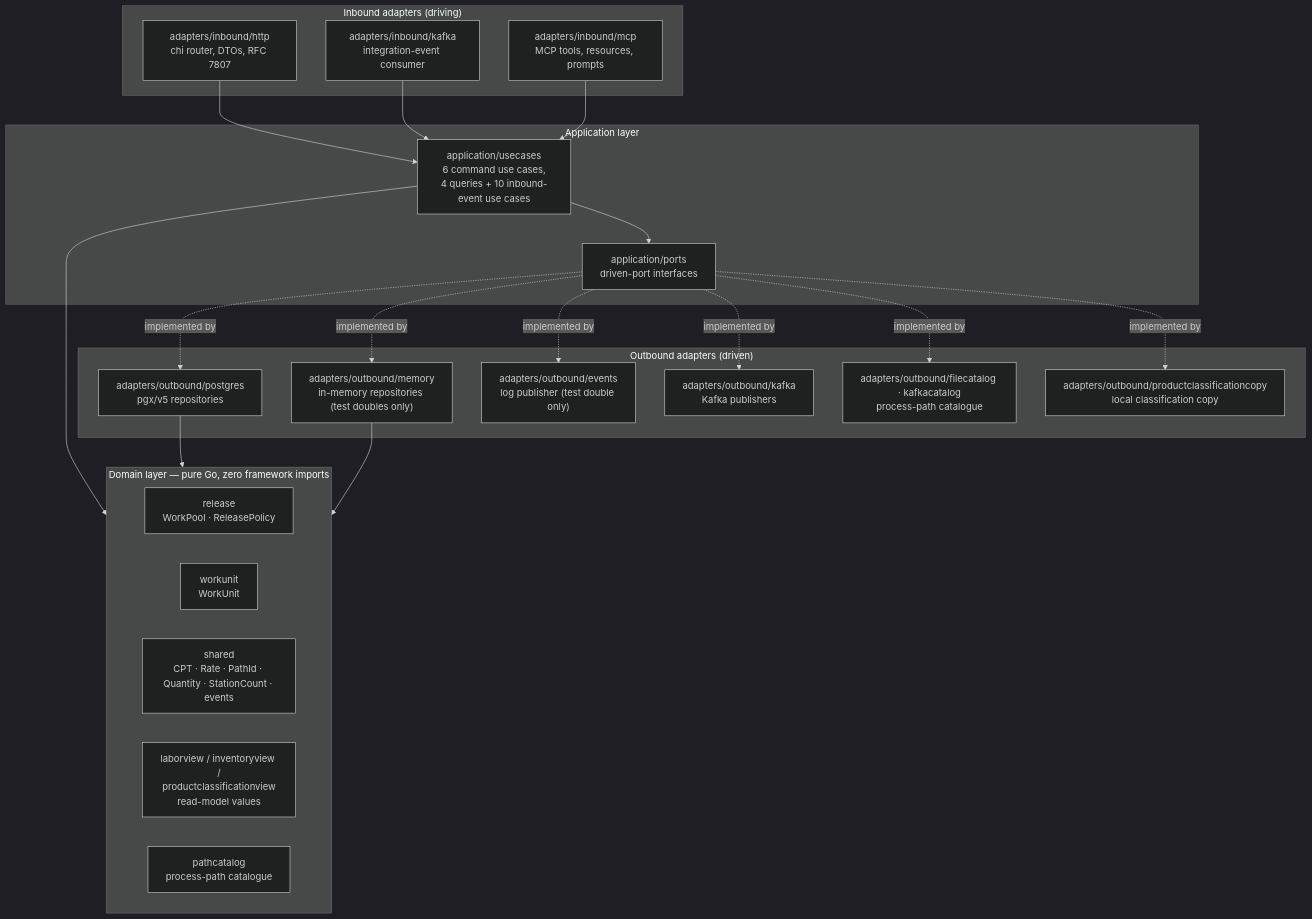
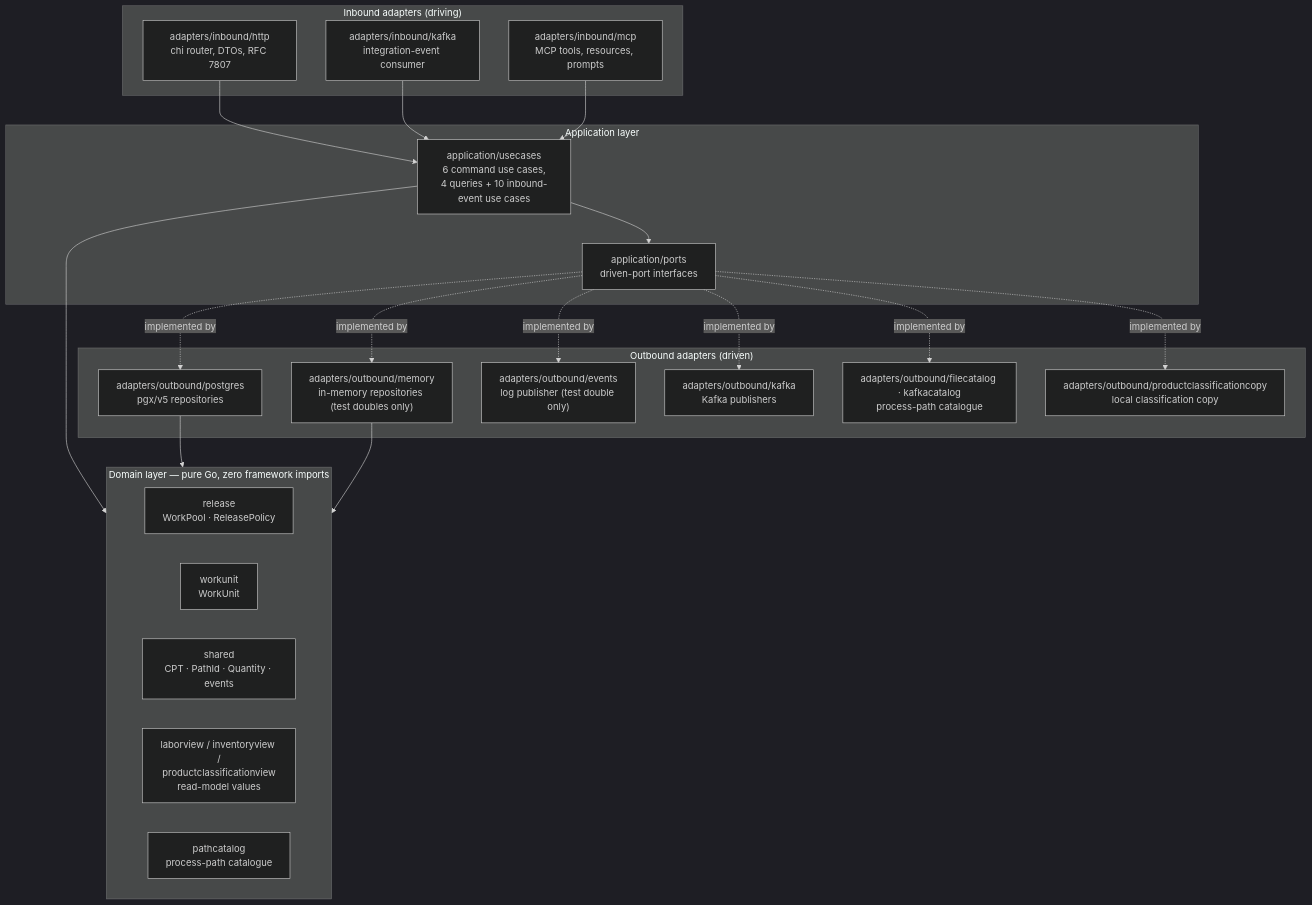
One commit to IQVO/wes-work-planning changed the first of 2 diagrams in docs/docs/overview/hexagonal-layering.md. Above: the diagram before and after it, drawn with Mermaid (dark theme). The commit also changed other lines of this file and 7 other files, not shown here.

````diff
--- a/docs/docs/overview/hexagonal-layering.md
+++ b/docs/docs/overview/hexagonal-layering.md
@@ -18,44 +18,44 @@
 ```mermaid
 flowchart TB
     subgraph inbound["Inbound adapters (driving)"]
         HTTP["adapters/inbound/http<br/>chi router, DTOs, RFC 7807"]
         KIN["adapters/inbound/kafka<br/>integration-event consumer"]
         MCPIN["adapters/inbound/mcp<br/>MCP tools, resources, prompts"]
     end
 
     subgraph app["Application layer"]
         UC["application/usecases<br/>6 command use cases,<br/>4 queries + 10 inbound-event use cases"]
         PORTS["application/ports<br/>driven-port interfaces"]
     end
 
     subgraph domain["Domain layer — pure Go, zero framework imports"]
         RE["release<br/>WorkPool · ReleasePolicy"]
         WU["workunit<br/>WorkUnit"]
-        SH["shared<br/>CPT · Rate · PathId · Quantity · StationCount · events"]
+        SH["shared<br/>CPT · PathId · Quantity · events"]
         LV["laborview / inventoryview /<br/>productclassificationview<br/>read-model values"]
         PC["pathcatalog<br/>process-path catalogue"]
     end
 
     subgraph outbound["Outbound adapters (driven)"]
         PG["adapters/outbound/postgres<br/>pgx/v5 repositories"]
         MEM["adapters/outbound/memory<br/>in-memory repositories (test doubles only)"]
         EV["adapters/outbound/events<br/>log publisher (test double only)"]
         KOUT["adapters/outbound/kafka<br/>Kafka publishers"]
         CAT["adapters/outbound/filecatalog · kafkacatalog<br/>process-path catalogue"]
         LOOK["adapters/outbound/productclassificationcopy<br/>local classification copy"]
     end
 
     HTTP --> UC
     KIN --> UC
     MCPIN --> UC
     UC --> PORTS
     UC --> domain
     PORTS -.implemented by.-> PG
     PORTS -.implemented by.-> MEM
     PORTS -.implemented by.-> EV
     PORTS -.implemented by.-> KOUT
     PORTS -.implemented by.-> CAT
     PORTS -.implemented by.-> LOOK
     PG --> domain
     MEM --> domain
 ```
````
